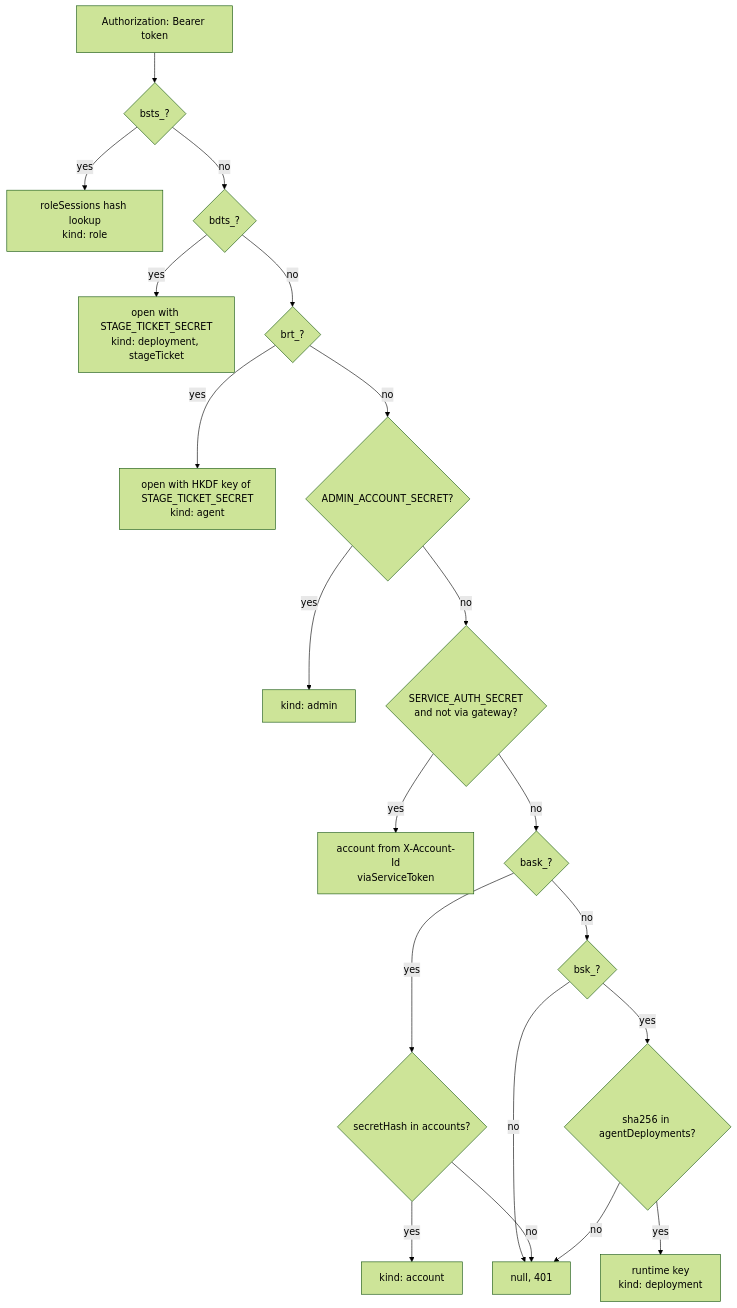
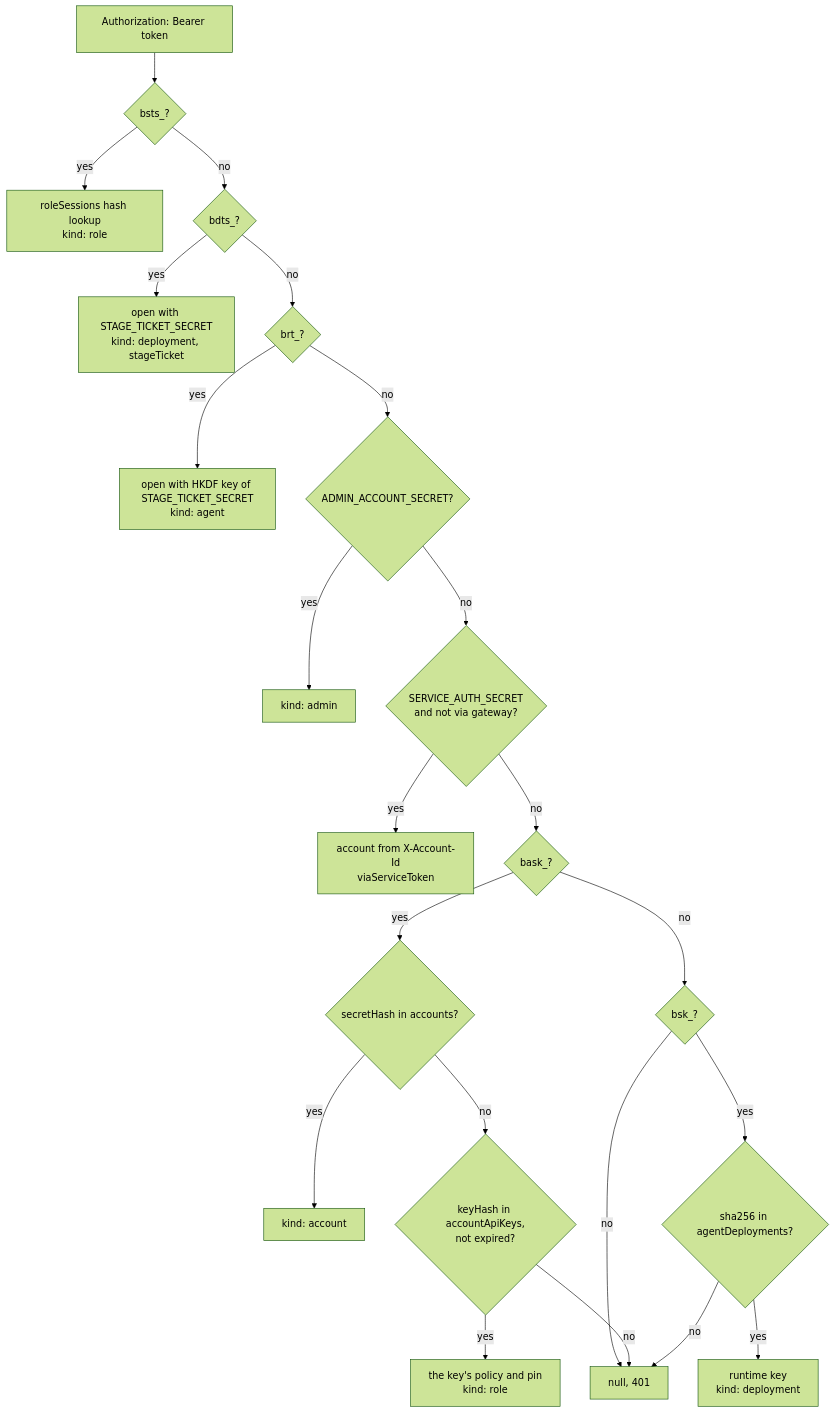
Before and after one commit to beeblastco/broods: the fifth of 8 diagrams in apps/docs/docs/internals/security.md, drawn with Mermaid (forest theme). The commit also changed other lines of this file and 23 other files, not shown here.

First line of the commit message:
feat: scoped account keys with their own permissions, scope and expiry

````diff
--- a/apps/docs/docs/internals/security.md
+++ b/apps/docs/docs/internals/security.md
@@ -126,22 +127,24 @@
 ```mermaid
 flowchart TD
   Bearer["Authorization: Bearer token"] --> Sts{"bsts_?"}
   Sts -->|yes| Role["roleSessions hash lookup<br/>kind: role"]
   Sts -->|no| Dts{"bdts_?"}
   Dts -->|yes| Ticket["open with STAGE_TICKET_SECRET<br/>kind: deployment, stageTicket"]
   Dts -->|no| Brt{"brt_?"}
   Brt -->|yes| Run["open with HKDF key of STAGE_TICKET_SECRET<br/>kind: agent"]
   Brt -->|no| Admin{"ADMIN_ACCOUNT_SECRET?"}
   Admin -->|yes| AdminCtx["kind: admin"]
   Admin -->|no| Svc{"SERVICE_AUTH_SECRET<br/>and not via gateway?"}
   Svc -->|yes| SvcCtx["account from X-Account-Id<br/>viaServiceToken"]
   Svc -->|no| Ask{"bask_?"}
   Ask -->|yes| Acct{"secretHash in accounts?"}
   Acct -->|yes| AcctCtx["kind: account"]
   Ask -->|no| Bsk{"bsk_?"}
   Bsk -->|yes| Key{"sha256 in agentDeployments?"}
   Key -->|yes| Deploy["runtime key<br/>kind: deployment"]
   Bsk -->|no| Deny["null, 401"]
-  Acct -->|no| Deny
+  Acct -->|no| Scoped{"keyHash in accountApiKeys,<br/>not expired?"}
+  Scoped -->|yes| ScopedCtx["the key's policy and pin<br/>kind: role"]
+  Scoped -->|no| Deny
   Key -->|no| Deny
 ```
````
